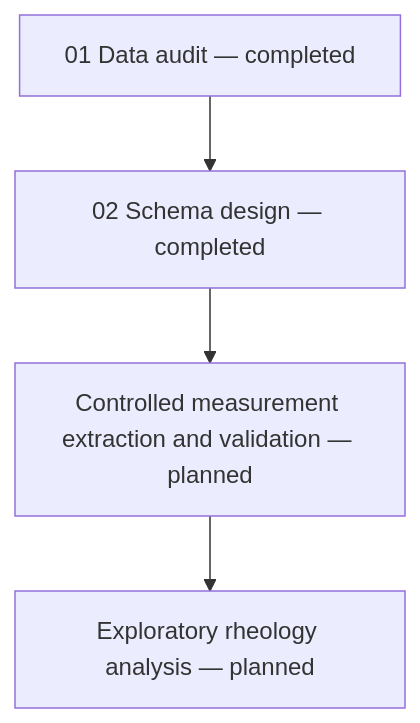
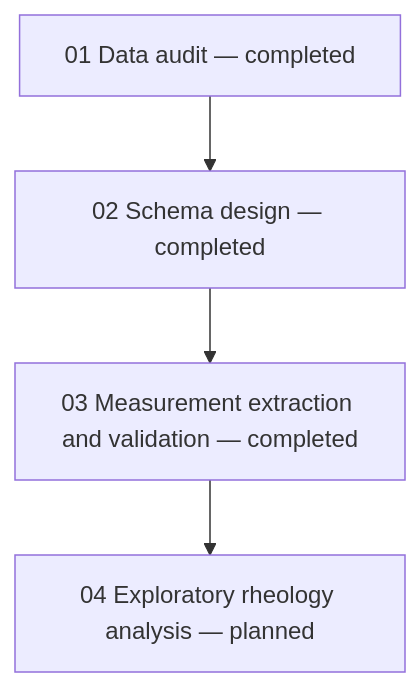
One commit to tehsongxuan/collagen-hydrogel-rheology-data-curation changed the diagram in README.md. Above: the diagram before and after it, drawn with Mermaid. The commit also changed other lines of this file, not shown here.

````diff
--- a/README.md
+++ b/README.md
@@ -38,6 +27,6 @@
 ```mermaid
 flowchart TD
     A["01 Data audit — completed"] --> B["02 Schema design — completed"]
-    B --> C["Controlled measurement extraction and validation — planned"]
-    C --> D["Exploratory rheology analysis — planned"]
+    B --> C["03 Measurement extraction and validation — completed"]
+    C --> D["04 Exploratory rheology analysis — planned"]
 ```
````
